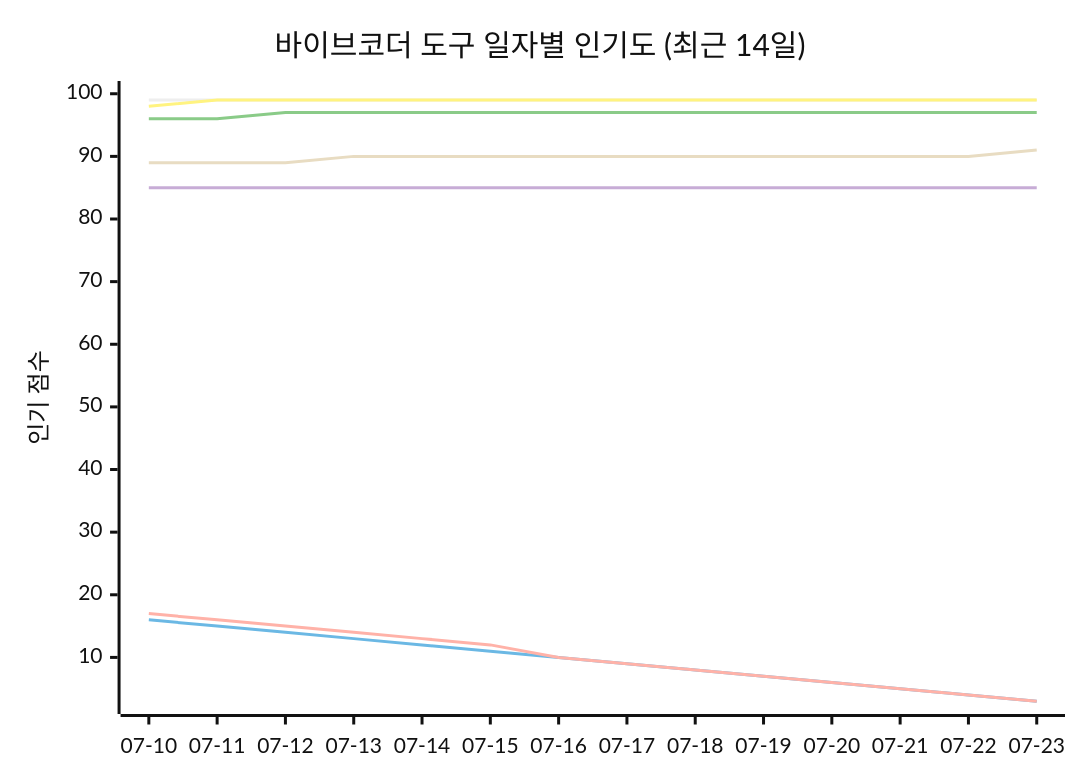
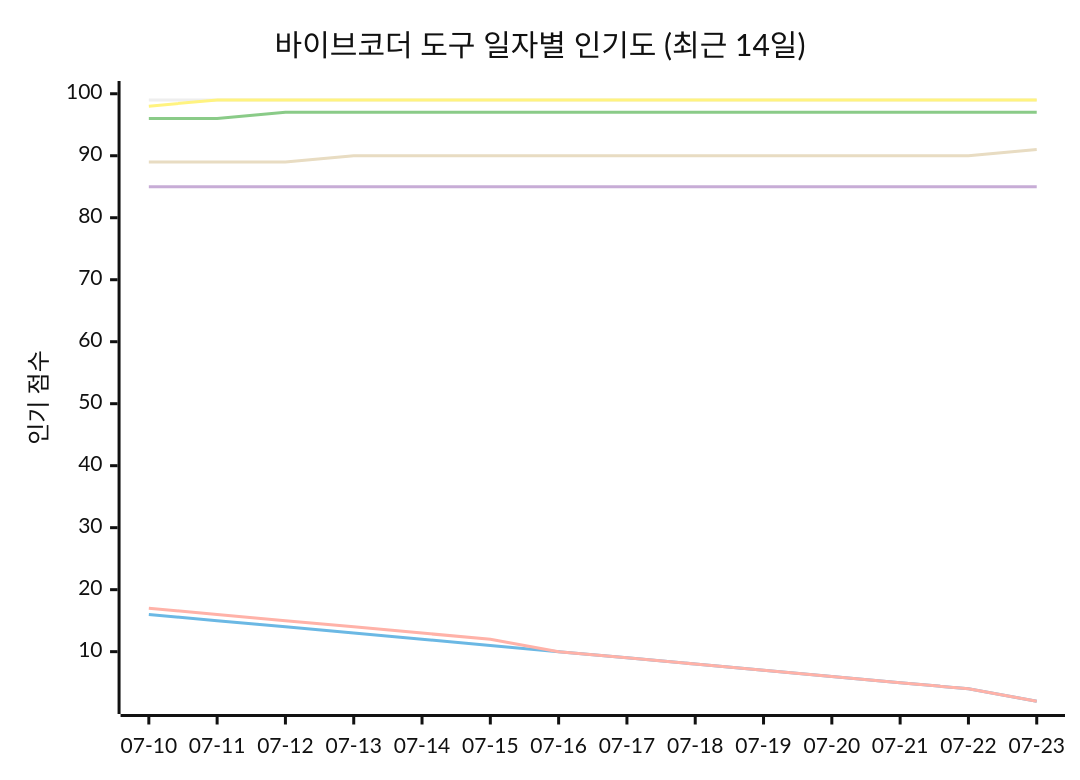
One commit to tykimos/ai-whatchelin changed the seventh of 11 diagrams in README_ko.md. Above: the diagram before and after it, drawn with Mermaid (neutral theme). The commit also changed other lines of this file and 4 other files, not shown here.

````diff
--- a/README_ko.md
+++ b/README_ko.md
@@ -2027,13 +2027,13 @@
 ```mermaid
 xychart-beta
     title "바이브코더 도구 일자별 인기도 (최근 14일)"
     x-axis ["07-10", "07-11", "07-12", "07-13", "07-14", "07-15", "07-16", "07-17", "07-18", "07-19", "07-20", "07-21", "07-22", "07-23"]
-    y-axis "인기 점수" 3 --> 100
+    y-axis "인기 점수" 2 --> 100
     line "Claude Code" [99, 99, 99, 99, 99, 99, 99, 99, 99, 99, 99, 99, 99, 99]
-    line "GH Copilot" [16, 15, 14, 13, 12, 11, 10, 9, 8, 7, 6, 5, 4, 3]
+    line "GH Copilot" [16, 15, 14, 13, 12, 11, 10, 9, 8, 7, 6, 5, 4, 2]
     line "Cursor" [96, 96, 97, 97, 97, 97, 97, 97, 97, 97, 97, 97, 97, 97]
     line "Windsurf" [85, 85, 85, 85, 85, 85, 85, 85, 85, 85, 85, 85, 85, 85]
     line "Codex CLI" [89, 89, 89, 90, 90, 90, 90, 90, 90, 90, 90, 90, 90, 91]
-    line "Gemini CLI" [17, 16, 15, 14, 13, 12, 10, 9, 8, 7, 6, 5, 4, 3]
+    line "Gemini CLI" [17, 16, 15, 14, 13, 12, 10, 9, 8, 7, 6, 5, 4, 2]
     line "Antigravity" [98, 99, 99, 99, 99, 99, 99, 99, 99, 99, 99, 99, 99, 99]
 ```
````
